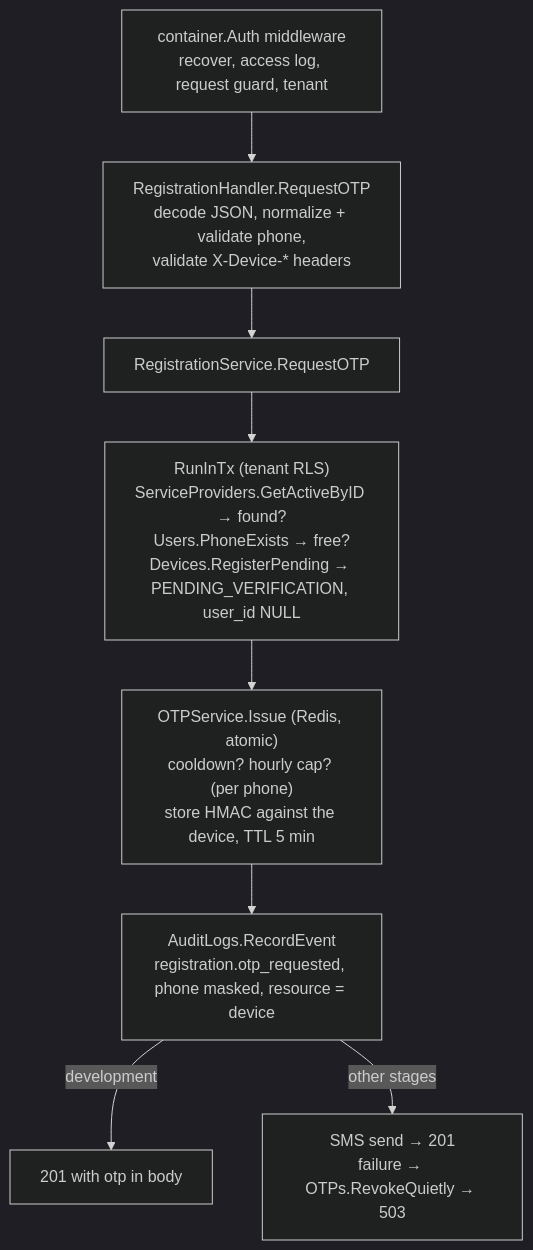
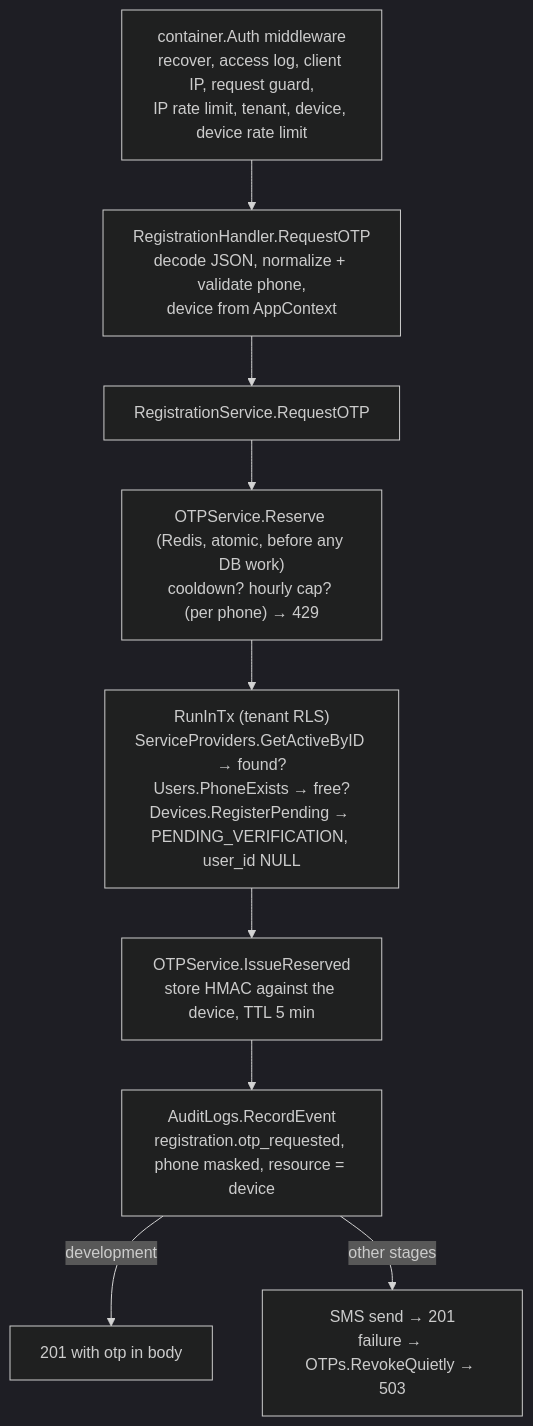
One commit to OpenFinCore/user-service changed the second of 2 diagrams in docs/architecture/architecture-and-development-guide.md. Above: the diagram before and after it, drawn with Mermaid (dark theme). The commit also changed other lines of this file and 41 other files, not shown here.

````diff
--- a/docs/architecture/architecture-and-development-guide.md
+++ b/docs/architecture/architecture-and-development-guide.md
@@ -462,9 +466,10 @@
 ```mermaid
 flowchart TB
-    MW["container.Auth middleware<br/>recover, access log, request guard, tenant"] --> H["RegistrationHandler.RequestOTP<br/>decode JSON, normalize + validate phone,<br/>validate X-Device-* headers"] --> V["RegistrationService.RequestOTP"]
-    V --> TX["RunInTx (tenant RLS)<br/>ServiceProviders.GetActiveByID → found?<br/>Users.PhoneExists → free?<br/>Devices.RegisterPending → PENDING_VERIFICATION, user_id NULL"]
-    TX --> OTP["OTPService.Issue (Redis, atomic)<br/>cooldown? hourly cap? (per phone)<br/>store HMAC against the device, TTL 5 min"]
+    MW["container.Auth middleware<br/>recover, access log, client IP, request guard,<br/>IP rate limit, tenant, device, device rate limit"] --> H["RegistrationHandler.RequestOTP<br/>decode JSON, normalize + validate phone,<br/>device from AppContext"] --> V["RegistrationService.RequestOTP"]
+    V --> RS["OTPService.Reserve (Redis, atomic, before any DB work)<br/>cooldown? hourly cap? (per phone) → 429"]
+    RS --> TX["RunInTx (tenant RLS)<br/>ServiceProviders.GetActiveByID → found?<br/>Users.PhoneExists → free?<br/>Devices.RegisterPending → PENDING_VERIFICATION, user_id NULL"]
+    TX --> OTP["OTPService.IssueReserved<br/>store HMAC against the device, TTL 5 min"]
     OTP --> AU["AuditLogs.RecordEvent<br/>registration.otp_requested, phone masked, resource = device"]
     AU -->|development| DEV["201 with otp in body"]
     AU -->|other stages| SMS["SMS send → 201<br/>failure → OTPs.RevokeQuietly → 503"]
 ```
````
